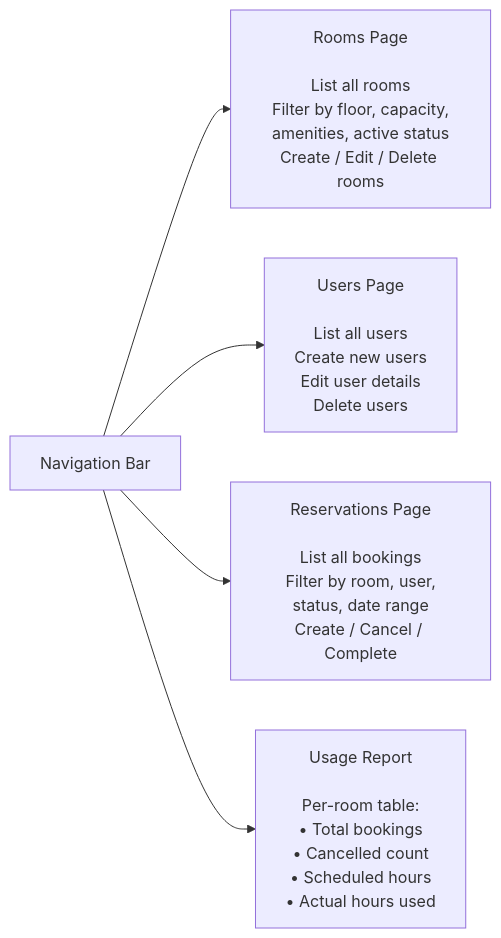
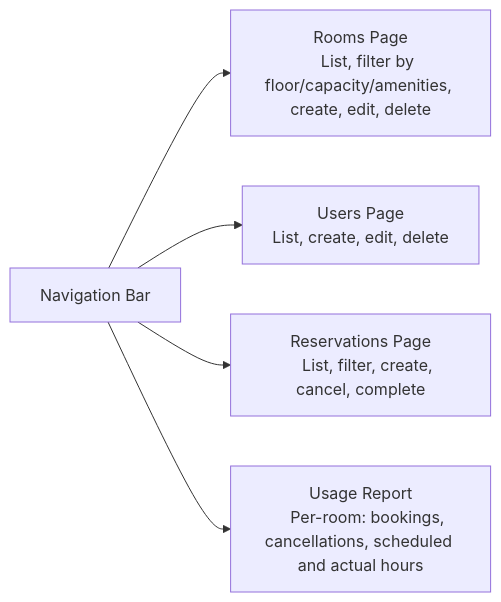
One commit to Amith-Ganta/room-reservation-system changed diagram 11 of 14 in SUBMISSION_REPORT.md. Above: the diagram before and after it, drawn with Mermaid. The commit also changed other lines of this file and 1 other file, not shown here.

First line of the commit message:
fix: remove \n from all mermaid diagrams for GitHub rendering

````diff
--- a/SUBMISSION_REPORT.md
+++ b/SUBMISSION_REPORT.md
@@ -545,15 +545,19 @@
 ```mermaid
 flowchart LR
     NAV["Navigation Bar"] --> ROOMS
     NAV --> USERS
     NAV --> RESERVATIONS
     NAV --> REPORT
 
-    ROOMS["Rooms Page\n\nList all rooms\nFilter by floor, capacity,\namenities, active status\nCreate / Edit / Delete rooms"]
+    ROOMS["Rooms Page
+    List, filter by floor/capacity/amenities, create, edit, delete"]
 
-    USERS["Users Page\n\nList all users\nCreate new users\nEdit user details\nDelete users"]
+    USERS["Users Page
+    List, create, edit, delete"]
 
-    RESERVATIONS["Reservations Page\n\nList all bookings\nFilter by room, user,\nstatus, date range\nCreate / Cancel / Complete"]
+    RESERVATIONS["Reservations Page
+    List, filter, create, cancel, complete"]
 
-    REPORT["Usage Report\n\nPer-room table:\n• Total bookings\n• Cancelled count\n• Scheduled hours\n• Actual hours used"]
+    REPORT["Usage Report
+    Per-room: bookings, cancellations, scheduled and actual hours"]
 ```
````
